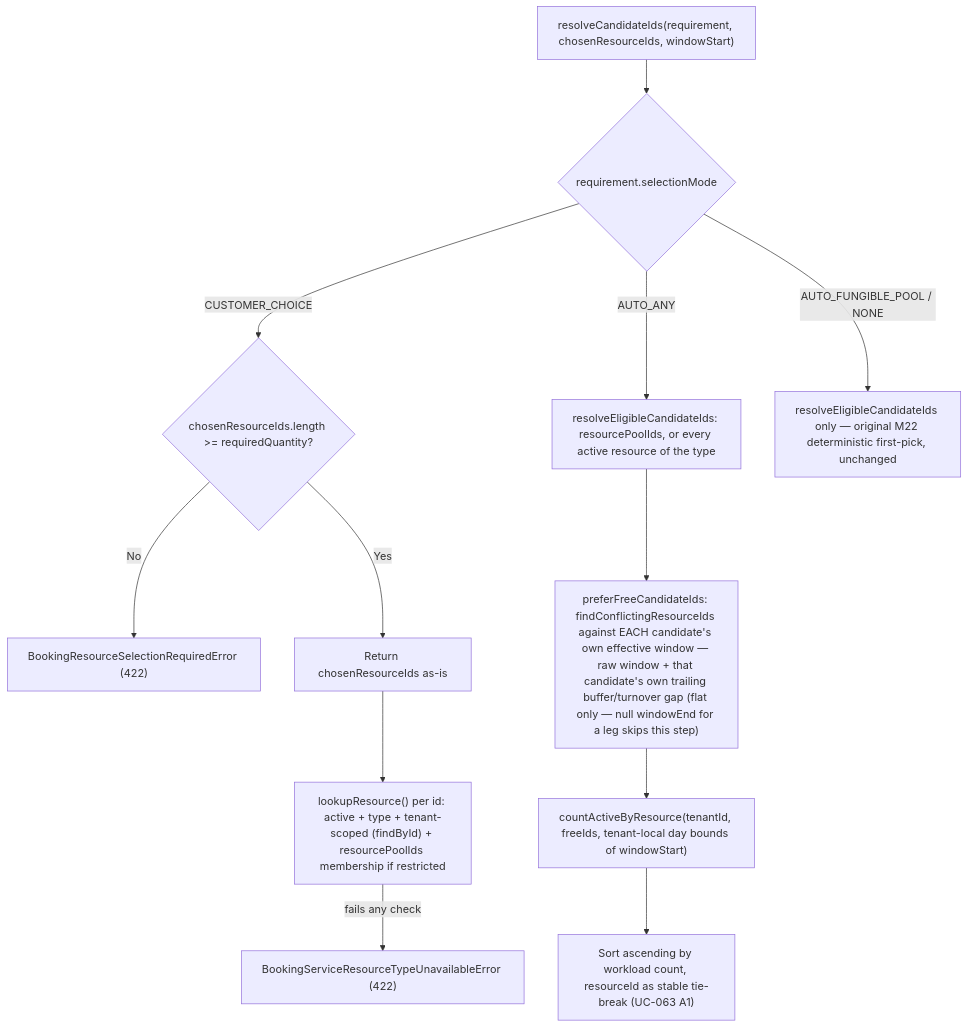
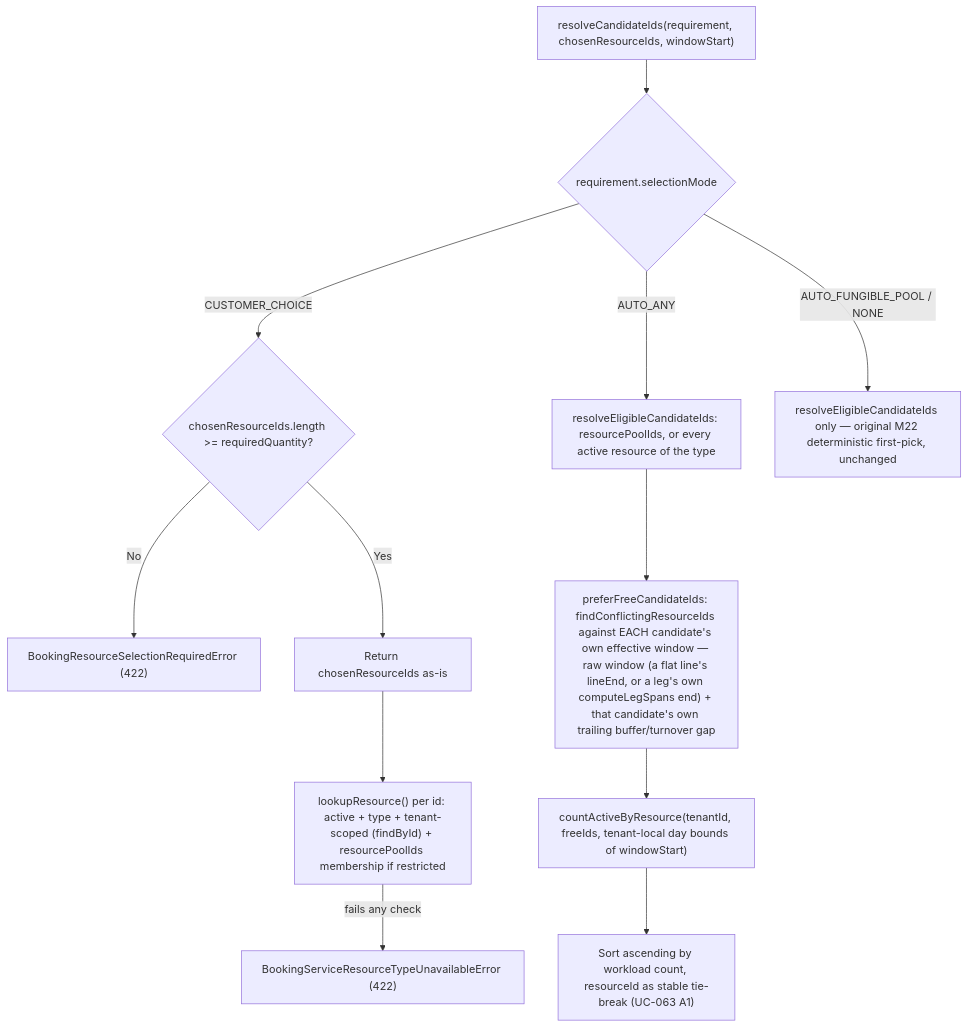
The second of 3 diagrams in docs/27-BUSINESS_LOGIC_REFERENCE.md (lmmoreira/ikaro), drawn with Mermaid before and after one commit. The commit also changed other lines of this file and 9 other files, not shown here.

````diff
--- a/docs/27-BUSINESS_LOGIC_REFERENCE.md
+++ b/docs/27-BUSINESS_LOGIC_REFERENCE.md
@@ -74,16 +74,16 @@
 ```mermaid
 flowchart TD
   A["resolveCandidateIds(requirement, chosenResourceIds, windowStart)"] --> B{"requirement.selectionMode"}
   B -->|CUSTOMER_CHOICE| C{"chosenResourceIds.length >= requiredQuantity?"}
   C -->|No| D["BookingResourceSelectionRequiredError (422)"]
   C -->|Yes| E["Return chosenResourceIds as-is"]
   E --> F["lookupResource() per id: active + type + tenant-scoped (findById) + resourcePoolIds membership if restricted"]
   F -->|fails any check| G["BookingServiceResourceTypeUnavailableError (422)"]
 
   B -->|AUTO_ANY| H["resolveEligibleCandidateIds: resourcePoolIds, or every active resource of the type"]
-  H --> H2["preferFreeCandidateIds: findConflictingResourceIds against EACH candidate's own effective window — raw window + that candidate's own trailing buffer/turnover gap (flat only — null windowEnd for a leg skips this step)"]
+  H --> H2["preferFreeCandidateIds: findConflictingResourceIds against EACH candidate's own effective window — raw window (a flat line's lineEnd, or a leg's own computeLegSpans end) + that candidate's own trailing buffer/turnover gap"]
   H2 --> I["countActiveByResource(tenantId, freeIds, tenant-local day bounds of windowStart)"]
   I --> J["Sort ascending by workload count, resourceId as stable tie-break (UC-063 A1)"]
 
   B -->|AUTO_FUNGIBLE_POOL / NONE| K["resolveEligibleCandidateIds only — original M22 deterministic first-pick, unchanged"]
 ```
````
